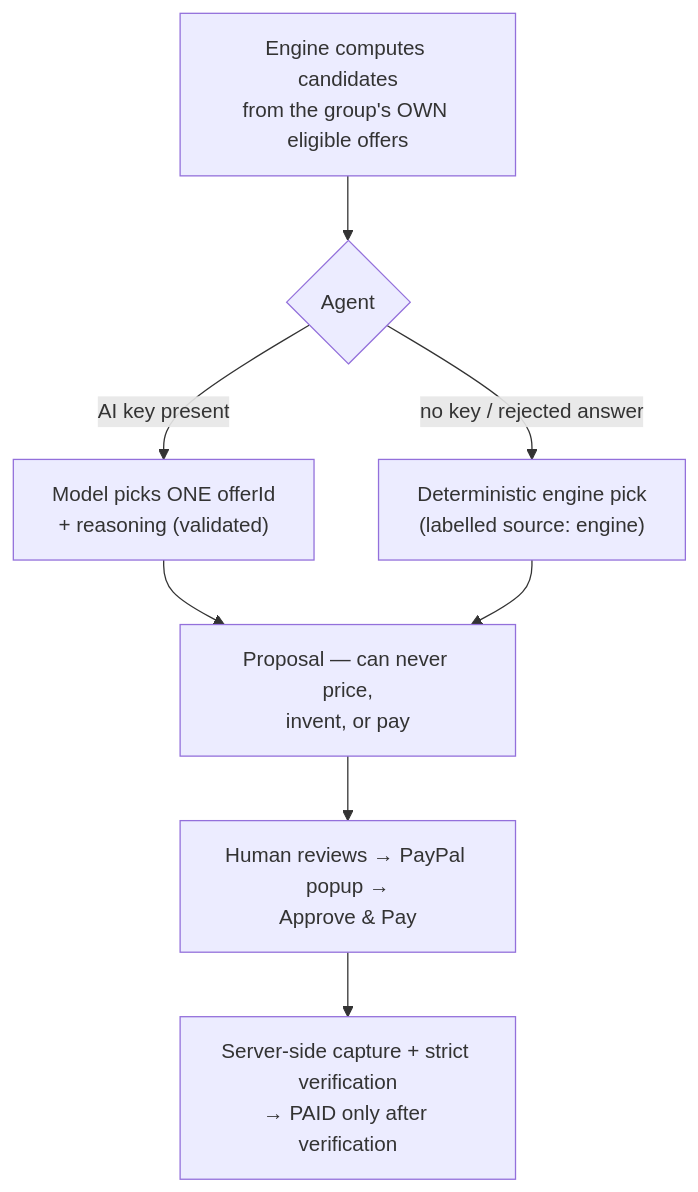
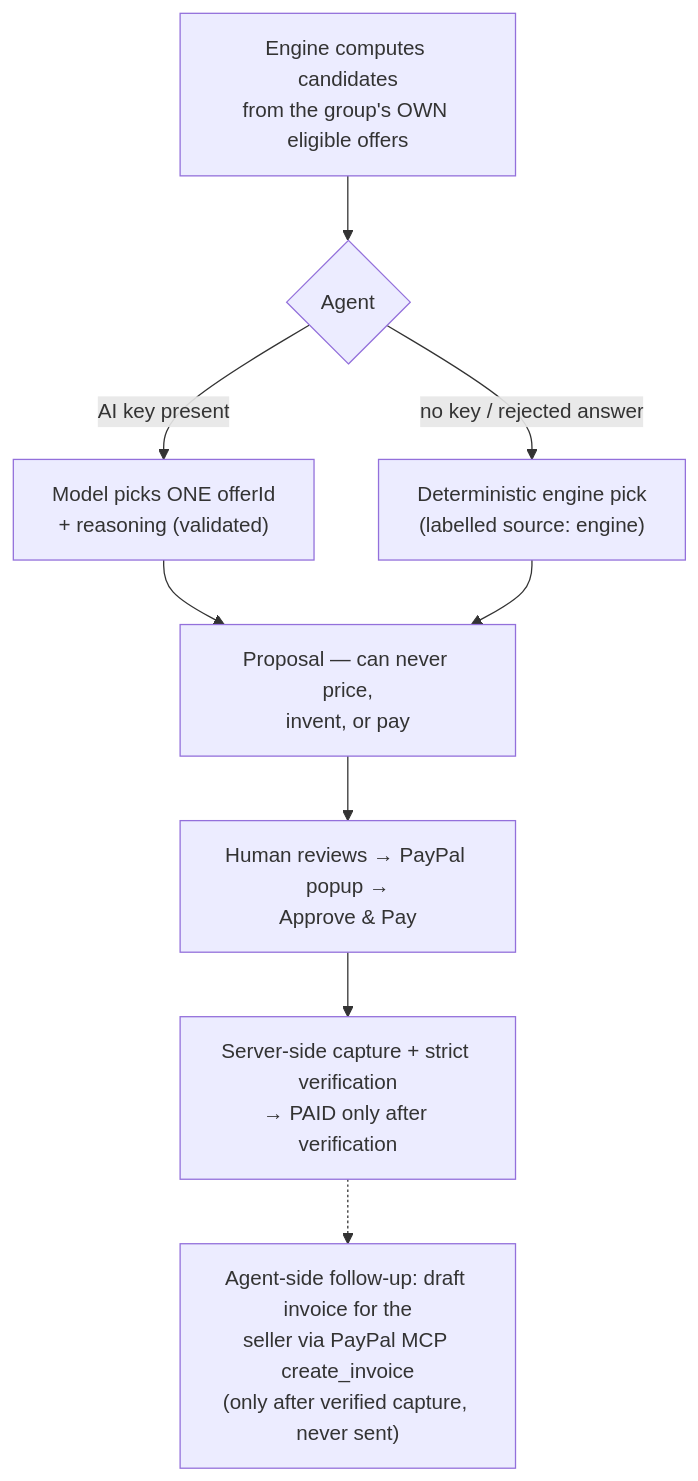
The fourth of 4 diagrams in docs/ARCHITECTURE.md (Kartikey-Kesarwani-2005/NeedNetAI), drawn with Mermaid before and after one commit. The commit also changed other lines of this file and 75 other files, not shown here.

First line of the commit message:
PayPilot AI workspace: auth, budgets, planning, confirmation-gated PayPal Sandbox payments, analytics, activity timeline

````diff
--- a/docs/ARCHITECTURE.md
+++ b/docs/ARCHITECTURE.md
@@ -72,10 +115,11 @@
 ```mermaid
 flowchart TB
   A["Engine computes candidates<br/>from the group's OWN eligible offers"] --> B{"Agent"}
   B -- "AI key present" --> C["Model picks ONE offerId<br/>+ reasoning (validated)"]
   B -- "no key / rejected answer" --> D["Deterministic engine pick<br/>(labelled source: engine)"]
   C --> E["Proposal — can never price,<br/>invent, or pay"]
   D --> E
   E --> F["Human reviews → PayPal popup →<br/>Approve & Pay"]
   F --> G["Server-side capture + strict verification<br/>→ PAID only after verification"]
+  G -.-> H["Agent-side follow-up: draft invoice for the<br/>seller via PayPal MCP create_invoice<br/>(only after verified capture, never sent)"]
 ```
````
